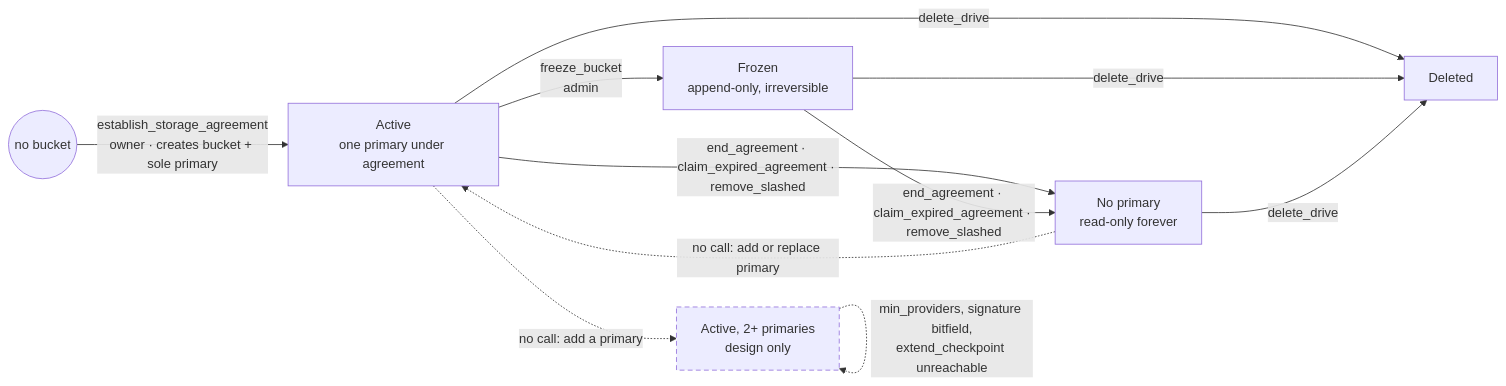
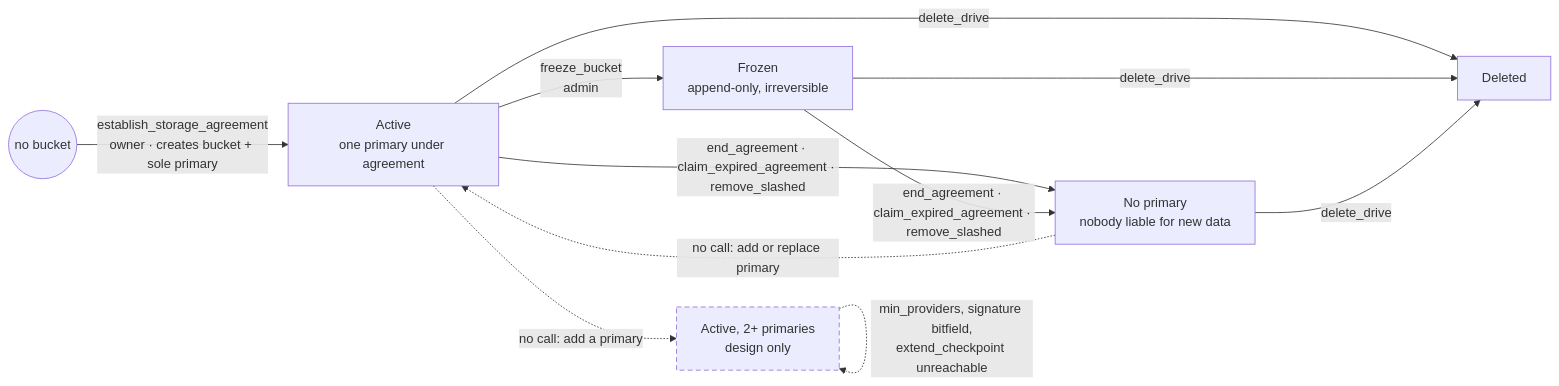
Before and after one commit to paritytech/web3-storage: the diagram in docs/drafts/RFC_BUCKET_TRANSFER.md, drawn with Mermaid. The commit also changed other lines of this file, not shown here.

````diff
--- a/docs/drafts/RFC_BUCKET_TRANSFER.md
+++ b/docs/drafts/RFC_BUCKET_TRANSFER.md
@@ -59,24 +59,24 @@
 ```mermaid
 flowchart LR
     none(("no bucket"))
     Active["Active<br/>one primary under agreement"]
     Frozen["Frozen<br/>append-only, irreversible"]
-    NoPrimary["No primary<br/>read-only forever"]
+    NoPrimary["No primary<br/>nobody liable for new data"]
     Deleted["Deleted"]
     Multi["Active, 2+ primaries<br/>design only"]
 
     none -- "establish_storage_agreement<br/>owner · creates bucket + sole primary" --> Active
     Active -- "freeze_bucket<br/>admin" --> Frozen
     Active -- "end_agreement · claim_expired_agreement · remove_slashed" --> NoPrimary
     Frozen -- "end_agreement · claim_expired_agreement · remove_slashed" --> NoPrimary
     Active -- "delete_drive" --> Deleted
     Frozen -- "delete_drive" --> Deleted
     NoPrimary -- "delete_drive" --> Deleted
 
     NoPrimary -. "no call: add or replace primary" .-> Active
     Active -. "no call: add a primary" .-> Multi
     Multi -. "min_providers, signature bitfield,<br/>extend_checkpoint unreachable" .-> Multi
 
     classDef missing stroke-dasharray: 6 4;
     class Multi missing;
 ```
````
